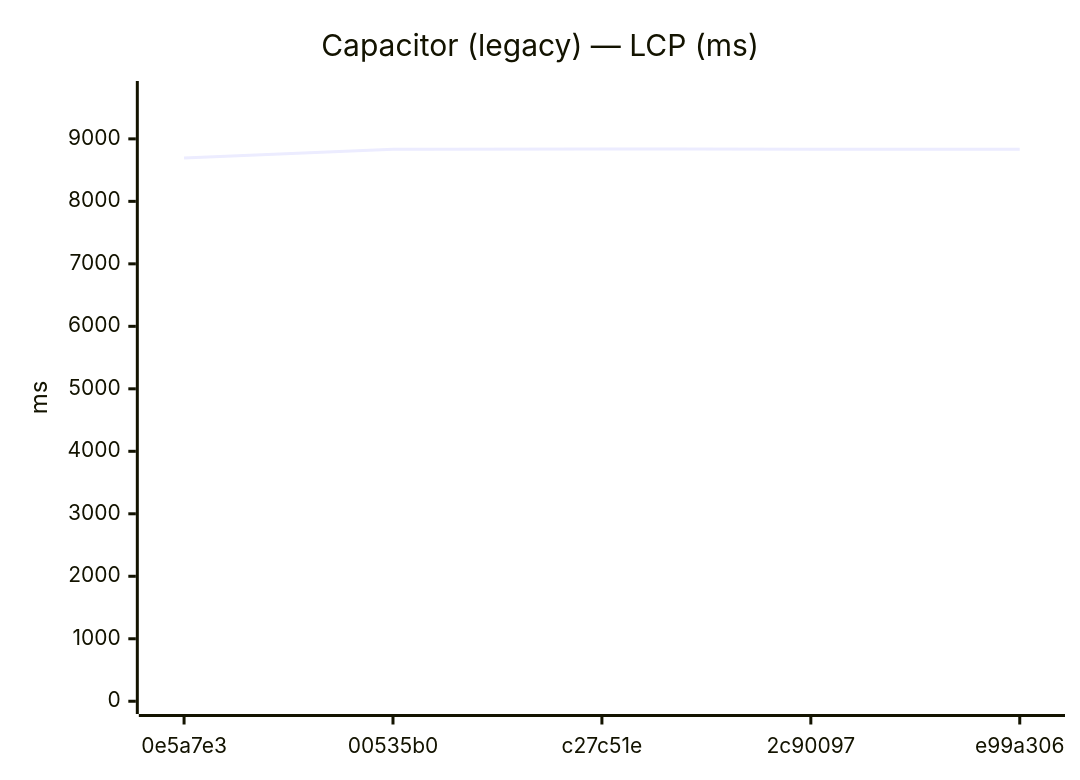
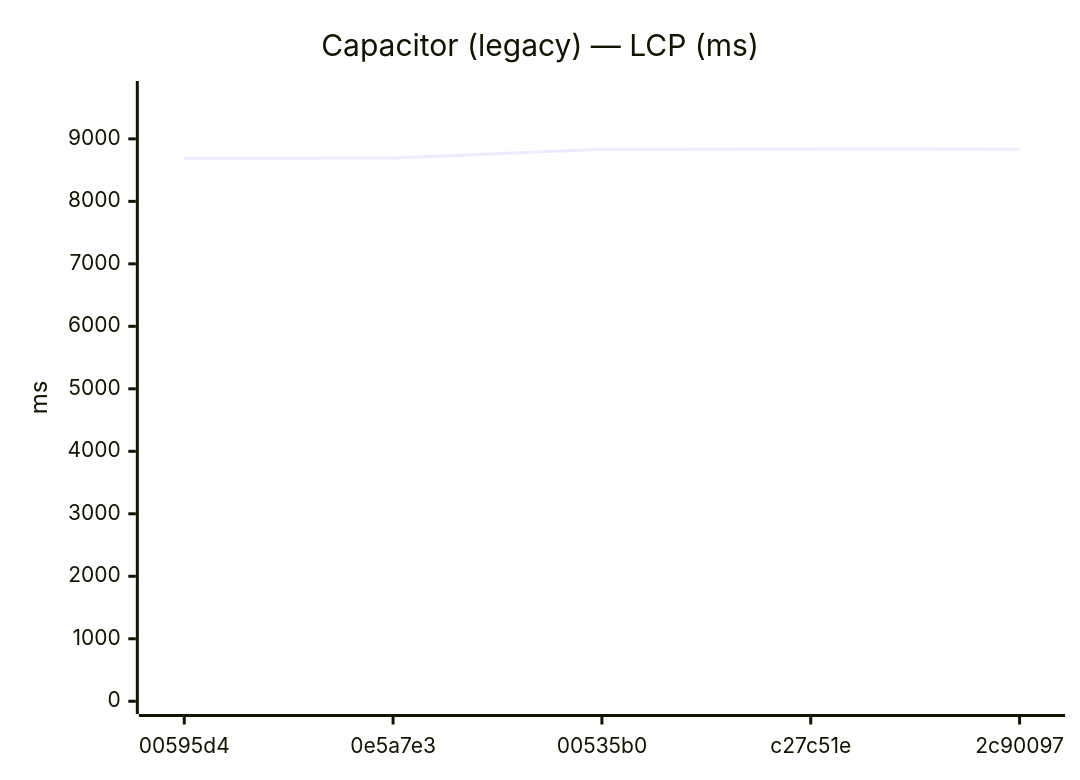
Diagram 13 of 24 in benchmarks/compare.md (Metaheurist/Rianell), drawn with Mermaid before and after one commit. The commit also changed other lines of this file and 12 other files, not shown here.

````diff
--- a/benchmarks/compare.md
+++ b/benchmarks/compare.md
@@ -178,7 +182,7 @@
 ```mermaid
 xychart-beta
     title "Capacitor (legacy) — LCP (ms)"
-    x-axis ["0e5a7e3", "00535b0", "c27c51e", "2c90097", "e99a306"]
+    x-axis ["00595d4", "0e5a7e3", "00535b0", "c27c51e", "2c90097"]
     y-axis "ms" 0 --> 9722
-    line [8693, 8834, 8838, 8835, 8833]
+    line [8688, 8693, 8834, 8838, 8835]
 ```
````
